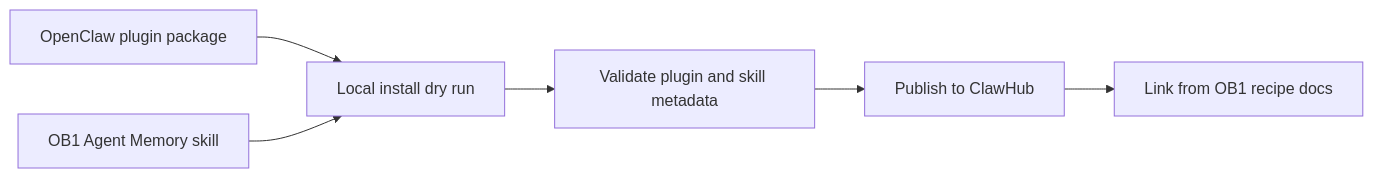
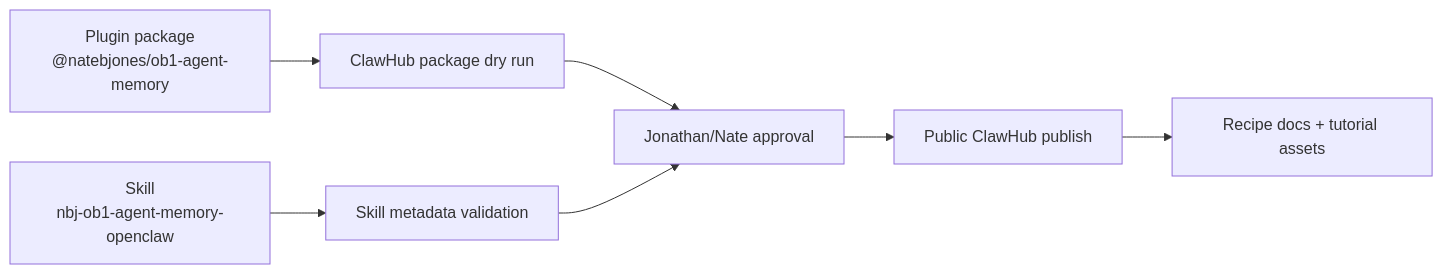
The diagram in integrations/openclaw-agent-memory/CLAW_HUB_PUBLISHING.md (lucifer/OB1), drawn with Mermaid before and after one commit. The commit also changed other lines of this file and 26 other files, not shown here.

Commit message:
Prepare NBJ OB1 Agent Memory ClawHub launch

````diff
--- a/integrations/openclaw-agent-memory/CLAW_HUB_PUBLISHING.md
+++ b/integrations/openclaw-agent-memory/CLAW_HUB_PUBLISHING.md
@@ -3,8 +3,9 @@
 ```mermaid
 flowchart LR
-  Plugin["OpenClaw plugin package"] --> Local["Local install dry run"]
-  Skill["OB1 Agent Memory skill"] --> Local
-  Local --> Manifest["Validate plugin and skill metadata"]
-  Manifest --> ClawHub["Publish to ClawHub"]
-  ClawHub --> Docs["Link from OB1 recipe docs"]
+  Plugin["Plugin package<br/>@natebjones/ob1-agent-memory"] --> DryRun["ClawHub package dry run"]
+  Skill["Skill<br/>nbj-ob1-agent-memory-openclaw"] --> Validate["Skill metadata validation"]
+  DryRun --> Approval["Jonathan/Nate approval"]
+  Validate --> Approval
+  Approval --> Publish["Public ClawHub publish"]
+  Publish --> Docs["Recipe docs + tutorial assets"]
 ```
````
